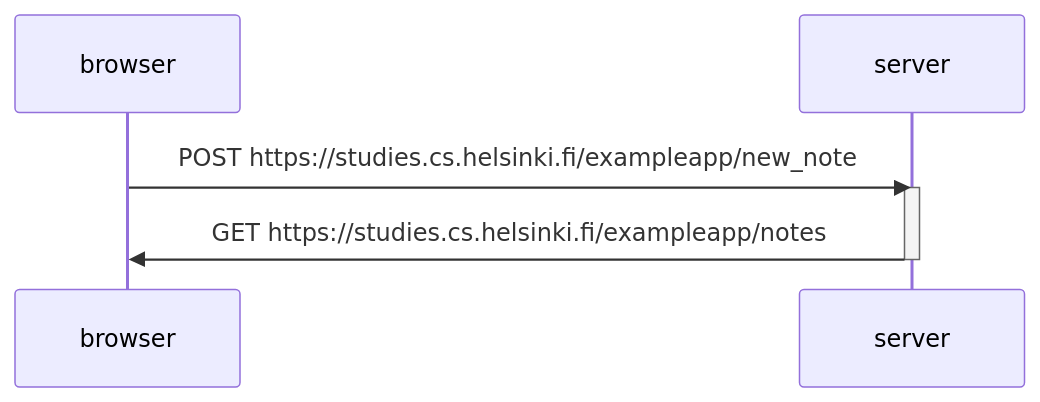
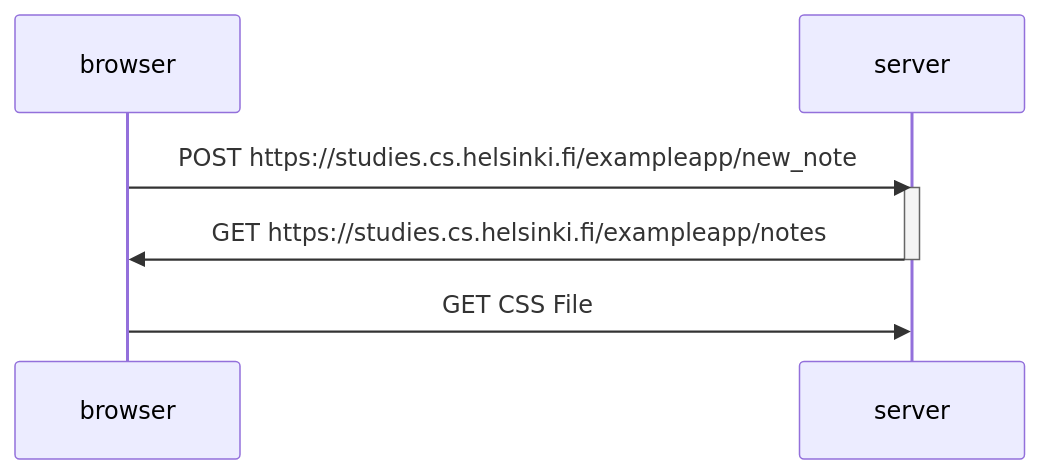
One commit to monaanvari/FullStackOpen changed the diagram in 0.4: New note diagram.MD. Above: the diagram before and after it, drawn with Mermaid.

Commit message:
Add CSS file request to note diagram

````diff
--- a/0.4: New note diagram.MD
+++ b/0.4: New note diagram.MD
@@ -1,11 +1,14 @@
 ```mermaid
 sequenceDiagram
 participant browser
 participant server
 
 browser ->> server : POST https://studies.cs.helsinki.fi/exampleapp/new_note
 activate server
 server ->> browser : GET https://studies.cs.helsinki.fi/exampleapp/notes
 deactivate server
 
+browser ->> server: GET CSS File 
+
+
 ```
````
